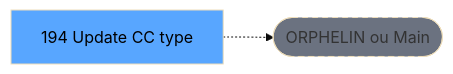
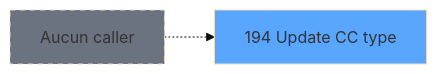
The second of 3 diagrams in .openspec/specs/ADH-IDE-194.md (thonyAGP/magic-migration), drawn with Mermaid (base theme) before and after one commit. The commit also changed other lines of this file and 493 other files, not shown here.

````diff
--- a/.openspec/specs/ADH-IDE-194.md
+++ b/.openspec/specs/ADH-IDE-194.md
@@ -123,8 +173,8 @@
 ```mermaid
 graph LR
-    T[194 Update CC type]
-    ORPHAN([ORPHELIN ou Main])
-    T -.-> ORPHAN
-    style T fill:#58a6ff,color:#000
-    style ORPHAN fill:#6b7280,stroke-dasharray: 5 5
+    T194[194 Update CC type]
+    style T194 fill:#58a6ff
+    NONE[Aucun caller]
+    NONE -.-> T194
+    style NONE fill:#6b7280,stroke-dasharray: 5 5
 ```
````
